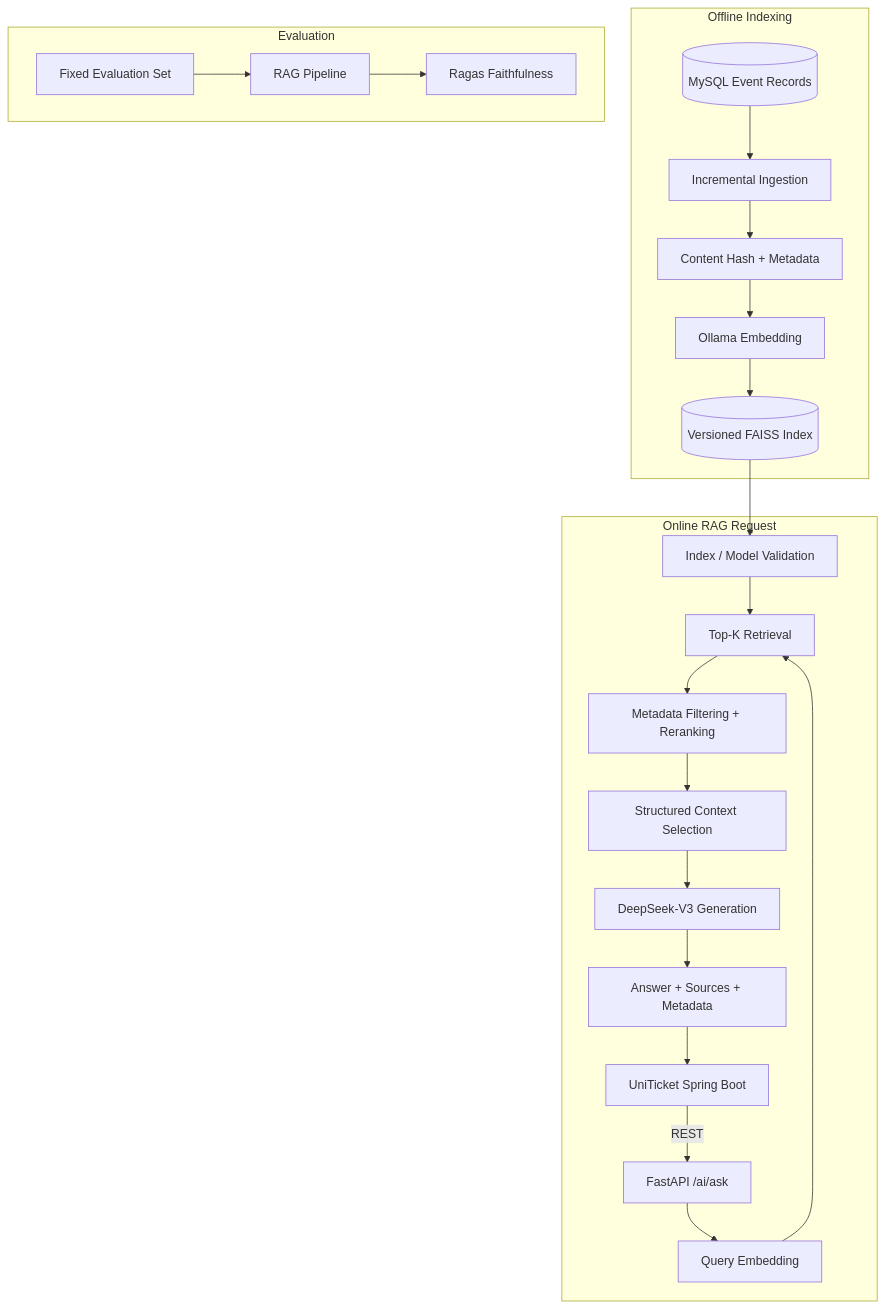
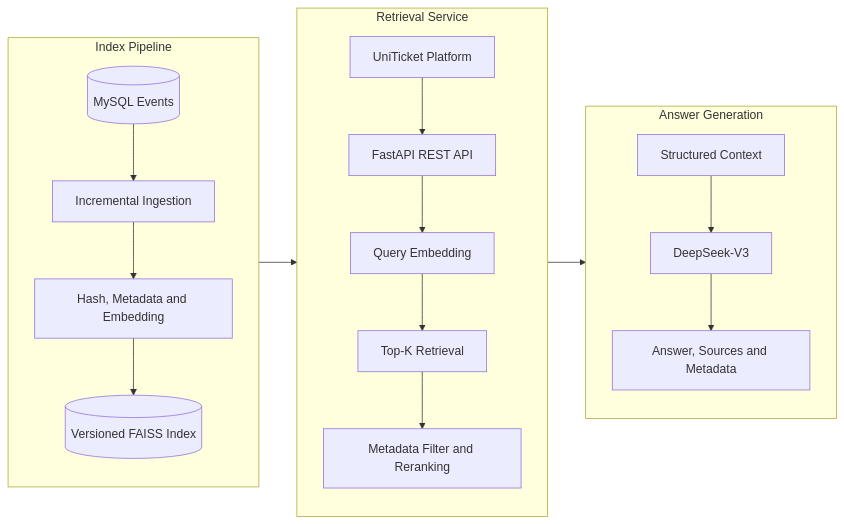
One commit to zljny11/Campus-AI changed the diagram in README.md. Above: the diagram before and after it, drawn with Mermaid.

```diff
--- a/README.md
+++ b/README.md
@@ -11,27 +11,27 @@
 ~~~mermaid
-flowchart TD
-    subgraph OFFLINE["Offline Indexing"]
-        DB[("MySQL Event Records")] --> ING["Incremental Ingestion"]
-        ING --> META["Content Hash + Metadata"]
-        META --> EMB["Ollama Embedding"]
-        EMB --> IDX[("Versioned FAISS Index")]
+flowchart LR
+    subgraph INDEX["Index Pipeline"]
+        direction TB
+        DB[("MySQL Events")] --> ING["Incremental Ingestion"]
+        ING --> EMB["Hash, Metadata and Embedding"]
+        EMB --> FAISS[("Versioned FAISS Index")]
     end
 
-    subgraph ONLINE["Online RAG Request"]
-        UNI["UniTicket Spring Boot"] -->|"REST"| API["FastAPI /ai/ask"]
-        API --> QE["Query Embedding"]
-        QE --> RET["Top-K Retrieval"]
-        IDX --> CHECK["Index / Model Validation"]
-        CHECK --> RET
-        RET --> FILTER["Metadata Filtering + Reranking"]
-        FILTER --> CTX["Structured Context Selection"]
-        CTX --> LLM["DeepSeek-V3 Generation"]
-        LLM --> RES["Answer + Sources + Metadata"]
-        RES --> UNI
+    subgraph SERVICE["Retrieval Service"]
+        direction TB
+        APP["UniTicket Platform"] --> API["FastAPI REST API"]
+        API --> QUERY["Query Embedding"]
+        QUERY --> RET["Top-K Retrieval"]
+        RET --> RANK["Metadata Filter and Reranking"]
     end
 
-    subgraph EVALUATION["Evaluation"]
-        TEST["Fixed Evaluation Set"] --> PIPE["RAG Pipeline"]
-        PIPE --> RAGAS["Ragas Faithfulness"]
+    subgraph GENERATION["Answer Generation"]
+        direction TB
+        CONTEXT["Structured Context"]
+        CONTEXT --> LLM["DeepSeek-V3"]
+        LLM --> RESULT["Answer, Sources and Metadata"]
     end
+
+    FAISS --> RET
+    RANK --> CONTEXT
 ~~~
```
